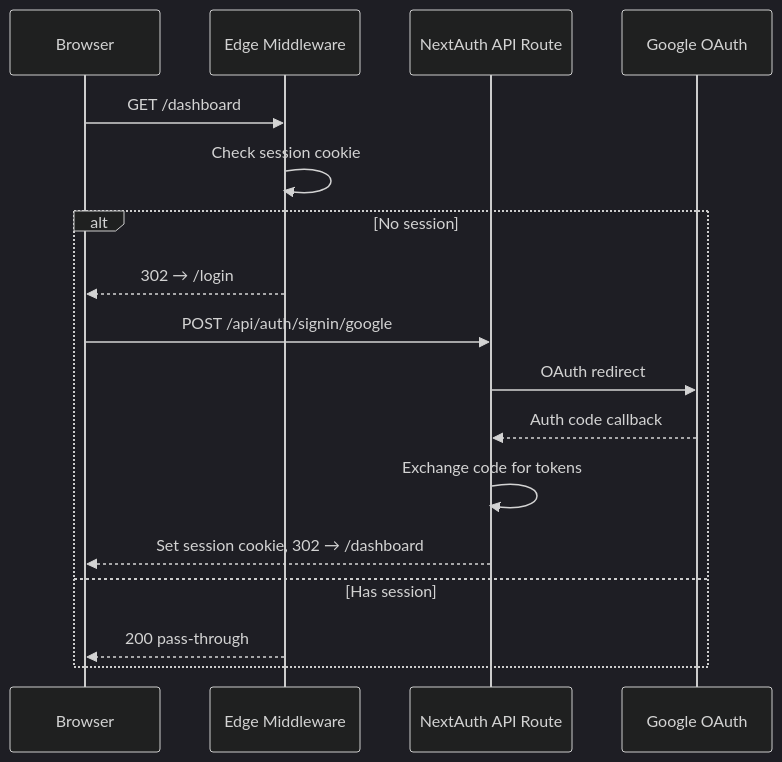
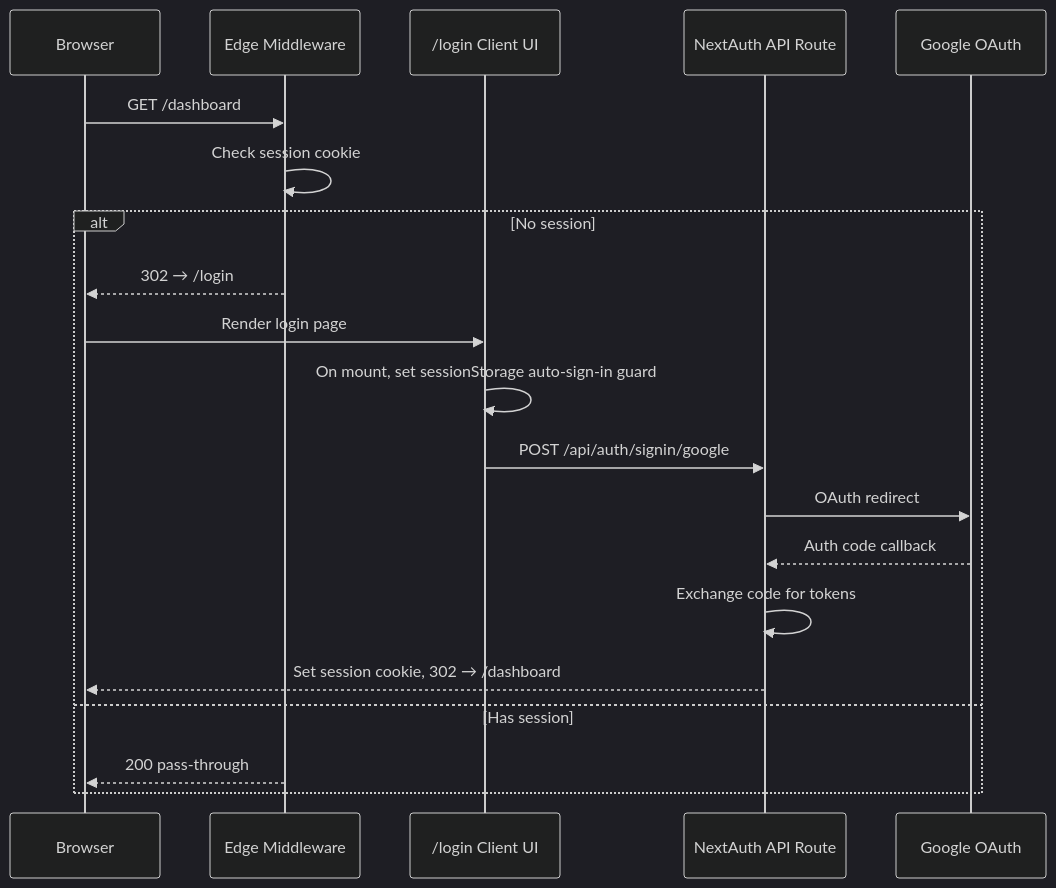
The fifth of 9 diagrams in docs/design.md (salmanzahidlatif/mizantrack), drawn with Mermaid (dark theme) before and after one commit. The commit also changed other lines of this file and 2 other files, not shown here.

````diff
--- a/docs/design.md
+++ b/docs/design.md
@@ -540,20 +569,23 @@
 ```mermaid
 sequenceDiagram
   participant Browser
   participant Middleware as Edge Middleware
+  participant Login as /login Client UI
   participant NextAuth as NextAuth API Route
   participant Google as Google OAuth
 
   Browser->>Middleware: GET /dashboard
   Middleware->>Middleware: Check session cookie
   alt No session
     Middleware-->>Browser: 302 → /login
-    Browser->>NextAuth: POST /api/auth/signin/google
+    Browser->>Login: Render login page
+    Login->>Login: On mount, set sessionStorage auto-sign-in guard
+    Login->>NextAuth: POST /api/auth/signin/google
     NextAuth->>Google: OAuth redirect
     Google-->>NextAuth: Auth code callback
     NextAuth->>NextAuth: Exchange code for tokens
     NextAuth-->>Browser: Set session cookie, 302 → /dashboard
   else Has session
     Middleware-->>Browser: 200 pass-through
   end
 ```
````
